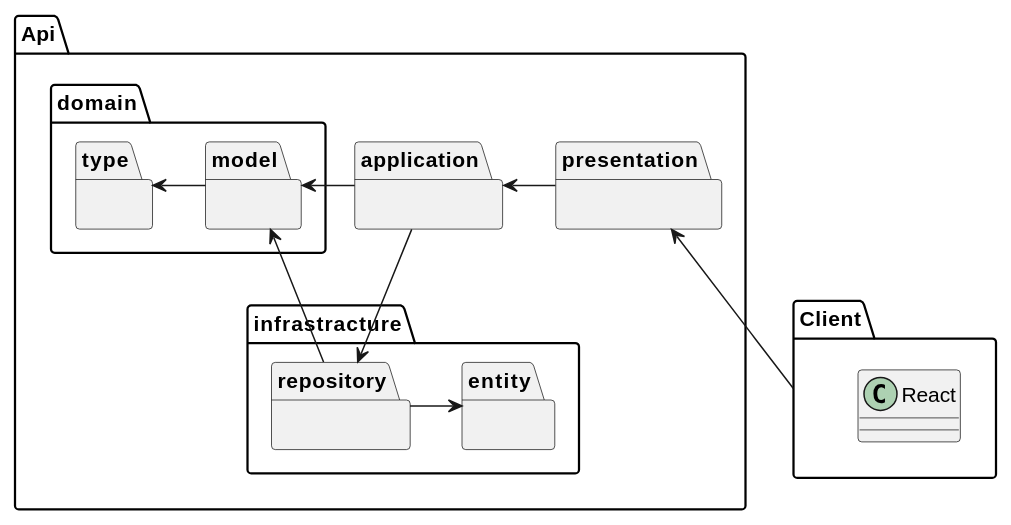
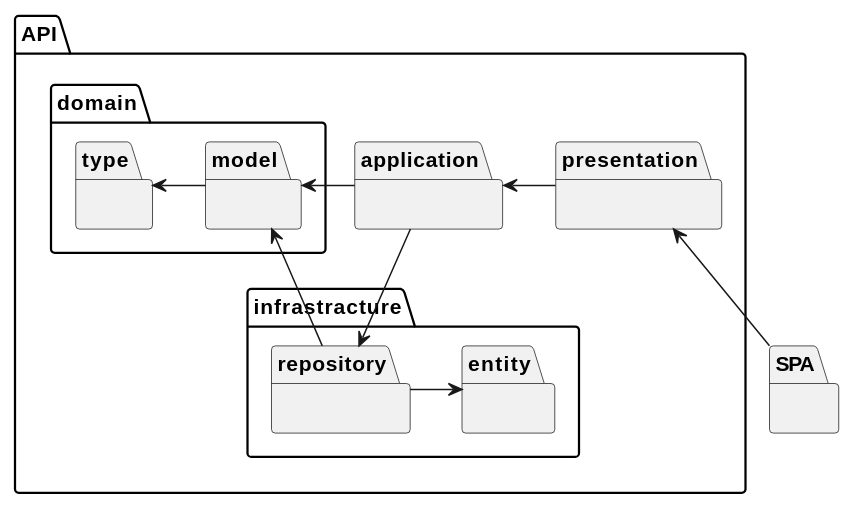
One commit to k2works/application_programing_excercise_2022 changed the fourth of 7 diagrams in docs/todo.adoc. Above: the diagram before and after it, drawn with PlantUML. The commit also changed other lines of this file and 3 other files, not shown here.

```diff
--- a/docs/todo.adoc
+++ b/docs/todo.adoc
@@ -39,27 +185,26 @@
 [plantuml]
 ----
-package Client {
-  class React {}
+package SPA {
 }
-package Api {
+package API {
   package domain {
     package model {}
     package type {}
     type <- model
   }
   package presentation {
   }
   package application {
   }
   package infrastracture {
     package entity {}
     package repository {}
   }
   presentation -> application
   application -> model
   application -> repository
   model <-- repository
   repository -> entity
 }
-presentation <-- Client
+presentation <-- SPA
 ----
```
